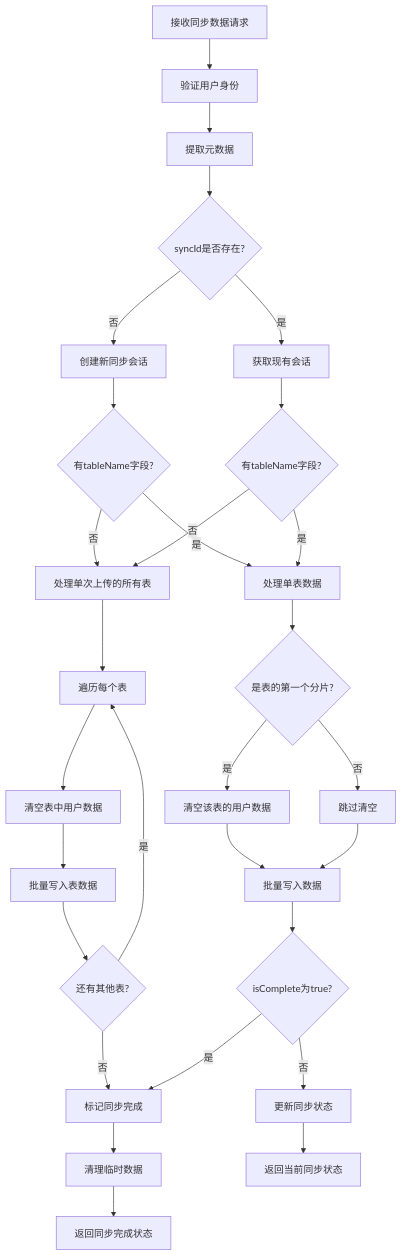
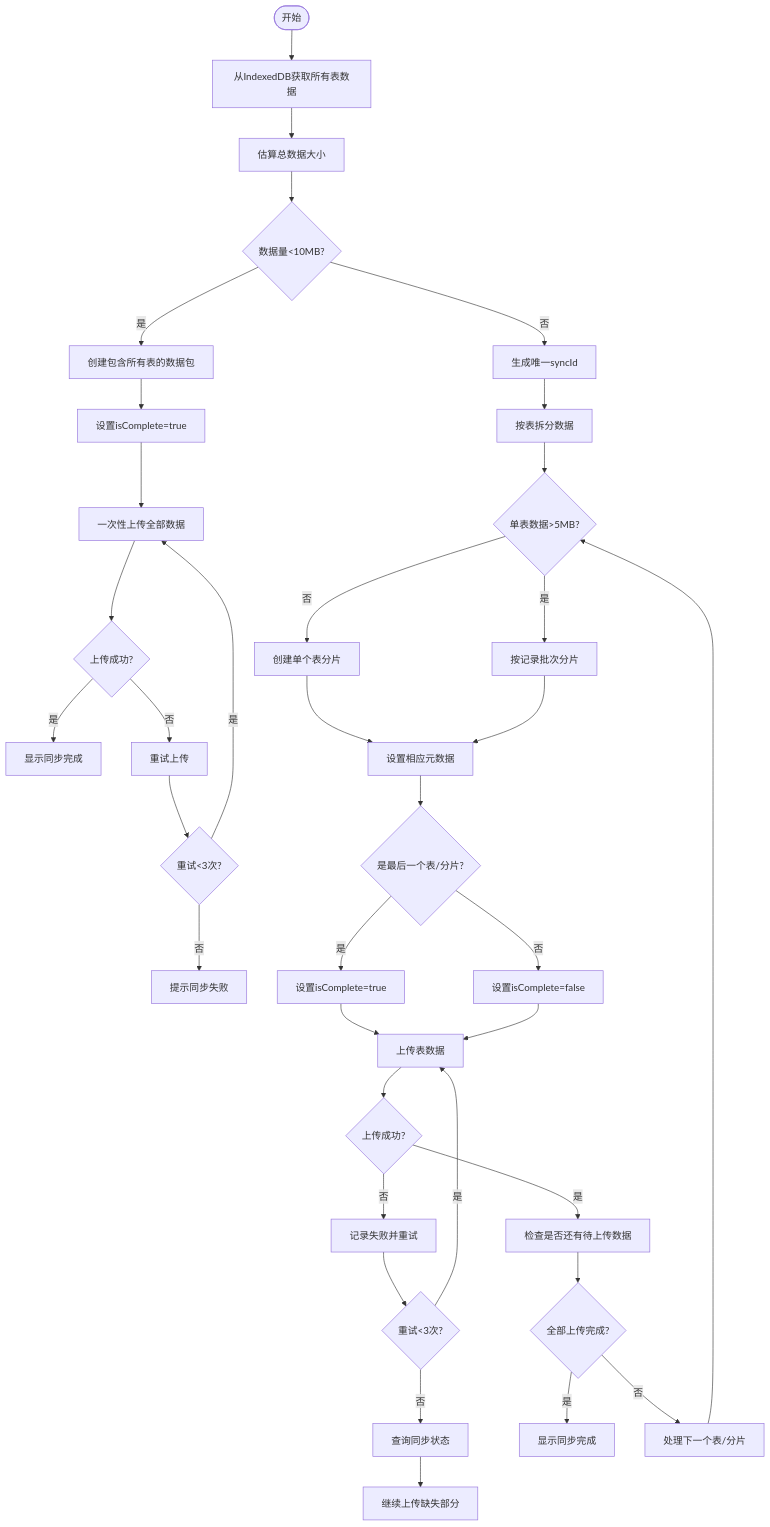
One commit to yingjianzh/iodraw-files changed the diagram in all/未命名-60.md. Above: the diagram before and after it, drawn with Mermaid.

Commit message:
2025-05-15 10:00:43 update

````diff
--- a/all/未命名-60.md
+++ b/all/未命名-60.md
@@ -1,43 +1,44 @@
 ```mermaid
 
 flowchart TD
-    A[接收同步数据请求] --> B[验证用户身份]
-    B --> C[提取元数据]
-    C --> D{syncId是否存在?}
+    A([开始]) -->E[从IndexedDB获取所有表数据]
+    E --> F[估算总数据大小]
+    F --> G{数据量<10MB?}
     
-    %% 新同步会话
-    D -->|否| E[创建新同步会话]
-    E --> F{有tableName字段?}
+    %% 小数据量处理流程
+    G -->|是| H[创建包含所有表的数据包]
+    H --> I[设置isComplete=true]
+    I --> J[一次性上传全部数据]
+    J --> K{上传成功?}
+    K -->|是| L[显示同步完成]
+    K -->|否| M[重试上传]
+    M --> N{重试<3次?}
+    N -->|是| J
+    N -->|否| O[提示同步失败]
     
-    %% 小数据量处理
-    F -->|否| G[处理单次上传的所有表]
-    G --> H[遍历每个表]
-    H --> I[清空表中用户数据]
-    I --> J[批量写入表数据]
-    J --> K{还有其他表?}
-    K -->|是| H
-    K -->|否| L[标记同步完成]
-    
-    %% 分表上传处理
-    F -->|是| M[处理单表数据]
-    M --> N{是表的第一个分片?}
-    N -->|是| O[清空该表的用户数据]
-    N -->|否| P[跳过清空]
-    O --> Q[批量写入数据]
-    P --> Q
-    
-    %% 现有同步会话
-    D -->|是| R[获取现有会话]
-    R --> S{有tableName字段?}
-    S -->|是| M
-    S -->|否| G
-    
-    %% 后续处理
-    Q --> T{isComplete为true?}
-    T -->|是| L
-    T -->|否| U[更新同步状态]
-    L --> V[清理临时数据]
-    V --> W[返回同步完成状态]
-    U --> X[返回当前同步状态]
+    %% 中大数据量处理流程
+    G -->|否| P[生成唯一syncId]
+    P --> Q[按表拆分数据]
+    Q --> R{单表数据>5MB?}
+    R -->|否| S[创建单个表分片]
+    R -->|是| T[按记录批次分片]
+    S --> U[设置相应元数据]
+    T --> U
+    U --> V{是最后一个表/分片?}
+    V -->|是| W[设置isComplete=true]
+    V -->|否| X[设置isComplete=false]
+    W --> Y[上传表数据]
+    X --> Y
+    Y --> Z{上传成功?}
+    Z -->|是| AA[检查是否还有待上传数据]
+    Z -->|否| AB[记录失败并重试]
+    AB --> AC{重试<3次?}
+    AC -->|是| Y
+    AC -->|否| AD[查询同步状态]
+    AD --> AE[继续上传缺失部分]
+    AA --> AF{全部上传完成?}
+    AF -->|是| AG[显示同步完成]
+    AF -->|否| AH[处理下一个表/分片]
+    AH --> R
 
 ```
````
